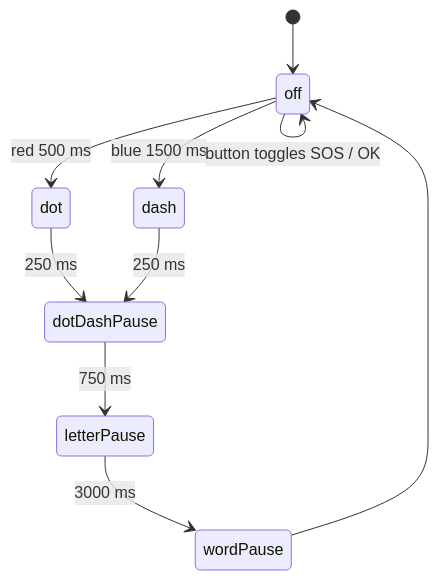
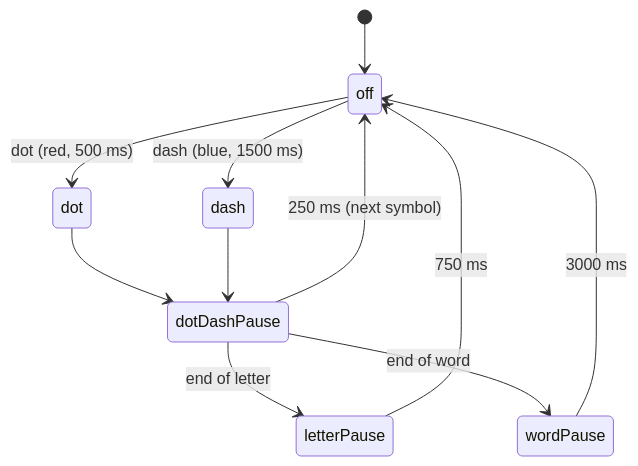
Before and after one commit to jguida941/CS-350-Emerging-Systems-Architectures: the third of 3 diagrams in README.md, drawn with Mermaid. The commit also changed other lines of this file, not shown here.

````diff
--- a/README.md
+++ b/README.md
@@ -64,13 +69,16 @@
 ```mermaid
 stateDiagram-v2
+    accTitle: Morse code transmission state machine
+    accDescr: From off the machine emits a dot on the red LED or a dash on the blue LED, then enters a pause between symbols, letters, or words before returning to off. The button toggles the message between SOS and OK.
     direction TB
     [*] --> off
-    off --> dot : red 500 ms
-    off --> dash : blue 1500 ms
-    dot --> dotDashPause : 250 ms
-    dash --> dotDashPause : 250 ms
-    dotDashPause --> letterPause : 750 ms
-    letterPause --> wordPause : 3000 ms
-    wordPause --> off
-    off --> off : button toggles SOS / OK
+    off --> dot : dot (red, 500 ms)
+    off --> dash : dash (blue, 1500 ms)
+    dot --> dotDashPause
+    dash --> dotDashPause
+    dotDashPause --> off : 250 ms (next symbol)
+    dotDashPause --> letterPause : end of letter
+    letterPause --> off : 750 ms
+    dotDashPause --> wordPause : end of word
+    wordPause --> off : 3000 ms
 ```
````
